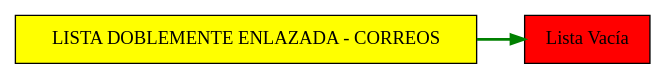
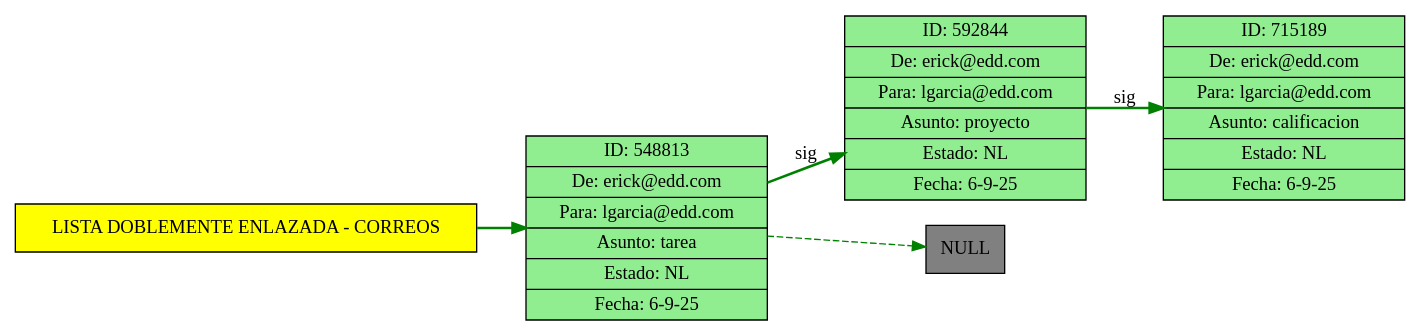
Before and after one commit to angelcard132/EDD_FASE1_202304063: the diagram in Fase1/graficos/usuarios/correos_usuario.dot, drawn with Graphviz. The commit also changed 75 other files, not shown here.

```diff
--- a/Fase1/graficos/usuarios/correos_usuario.dot
+++ b/Fase1/graficos/usuarios/correos_usuario.dot
@@ -1,11 +1,19 @@
 digraph ListaCorreos {
   rankdir=LR;
   node [shape=record, style=filled, fillcolor=lightgreen];
   edge [color=green, style=bold];
 
   // Título
   titulo [label="LISTA DOBLEMENTE ENLAZADA - CORREOS", shape=box, style=filled, fillcolor=yellow];
 
-  vacia [label="Lista Vacía", shape=box, style=filled, fillcolor=red];
-  titulo -> vacia;
+  correo0 [label="ID: 548813|De: erick@edd.com|Para: lgarcia@edd.com|Asunto: tarea|Estado: NL|Fecha: 6-9-25"];
+  correo1 [label="ID: 592844|De: erick@edd.com|Para: lgarcia@edd.com|Asunto: proyecto |Estado: NL|Fecha: 6-9-25"];
+  correo2 [label="ID: 715189|De: erick@edd.com|Para: lgarcia@edd.com|Asunto: calificacion|Estado: NL|Fecha: 6-9-25"];
+
+  // Conexiones hacia adelante
+  titulo -> correo0;
+  correo0 -> correo1 [label="sig"];
+  correo1 -> correo2 [label="sig"];
+  correo0 -> null [style=dashed];
+  null [label="NULL", shape=box, style=filled, fillcolor=gray];
 }
```
